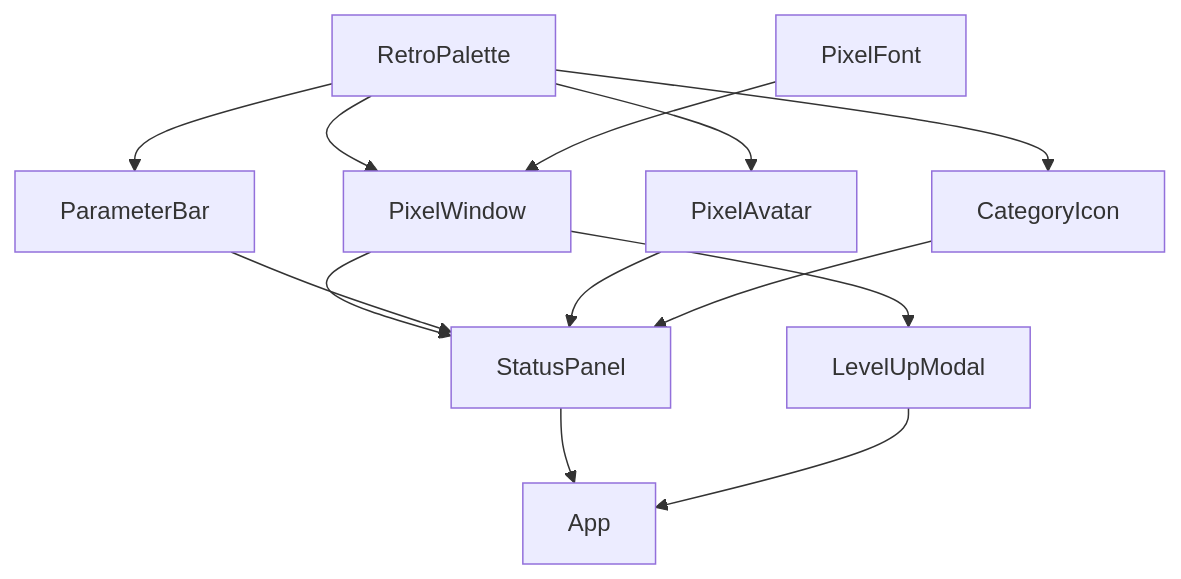
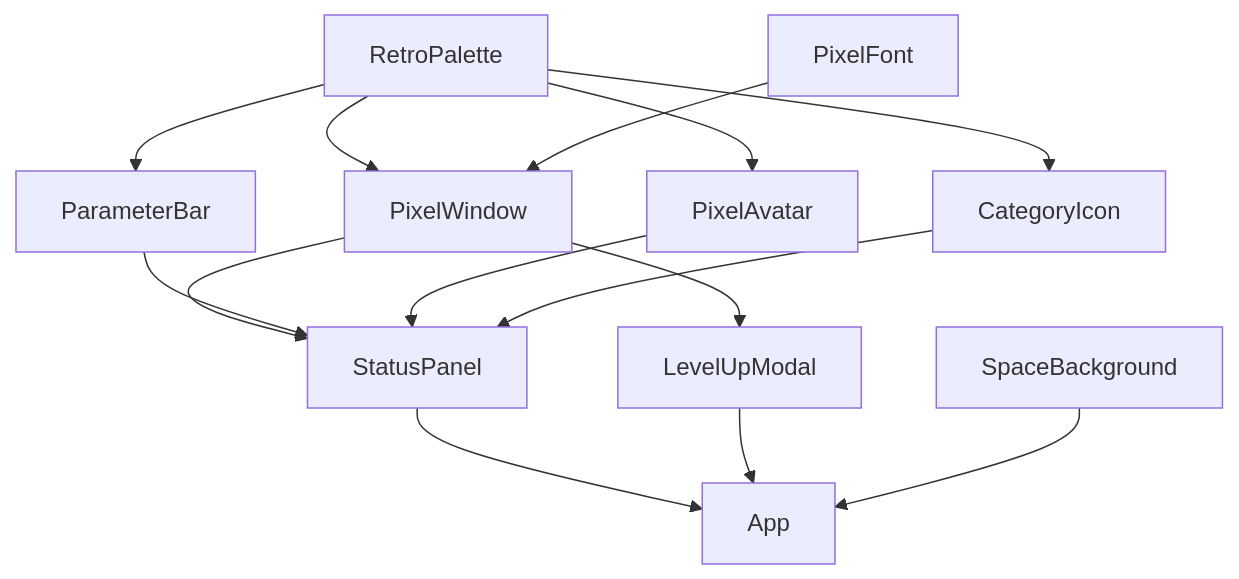
Before and after one commit to ogane0112/ganesya-life-management-board: the diagram in docs/design/component-design.md, drawn with Mermaid. The commit also changed other lines of this file and 11 other files, not shown here.

````diff
--- a/docs/design/component-design.md
+++ b/docs/design/component-design.md
@@ -19,15 +20,16 @@
 ```mermaid
 flowchart TD
     RetroPalette --> PixelWindow
     RetroPalette --> ParameterBar
     RetroPalette --> PixelAvatar
     RetroPalette --> CategoryIcon
     PixelFont --> PixelWindow
     PixelWindow --> StatusPanel
     PixelWindow --> LevelUpModal
     ParameterBar --> StatusPanel
     PixelAvatar --> StatusPanel
     CategoryIcon --> StatusPanel
     StatusPanel --> App
     LevelUpModal --> App
+    SpaceBackground --> App
 ```
````
